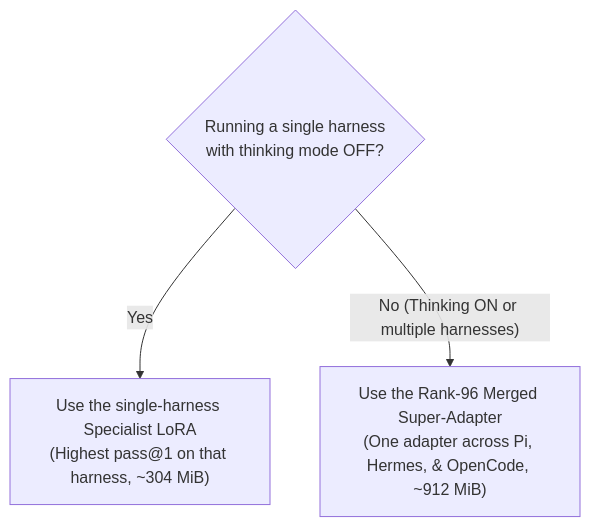
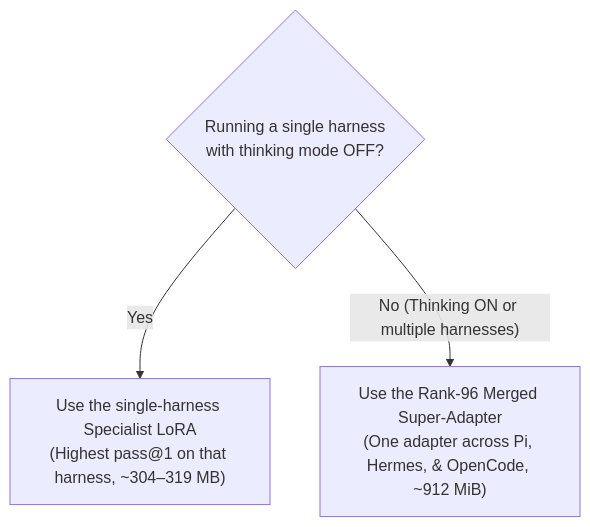
The diagram in research/harness-adapters.md (initalok/ai-swissknife), drawn with Mermaid before and after one commit. The commit also changed other lines of this file and 85 other files, not shown here.

````diff
--- a/research/harness-adapters.md
+++ b/research/harness-adapters.md
@@ -13,6 +22,6 @@
 ```mermaid
 flowchart TD
     Q1{"Running a single harness<br/>with thinking mode OFF?"}
-    Q1 -- "Yes" --> A1["Use the single-harness Specialist LoRA<br/>(Highest pass@1 on that harness, ~304 MiB)"]
+    Q1 -- "Yes" --> A1["Use the single-harness Specialist LoRA<br/>(Highest pass@1 on that harness, ~304–319 MB)"]
     Q1 -- "No (Thinking ON or multiple harnesses)" --> A2["Use the Rank-96 Merged Super-Adapter<br/>(One adapter across Pi, Hermes, & OpenCode, ~912 MiB)"]
 ```
````
